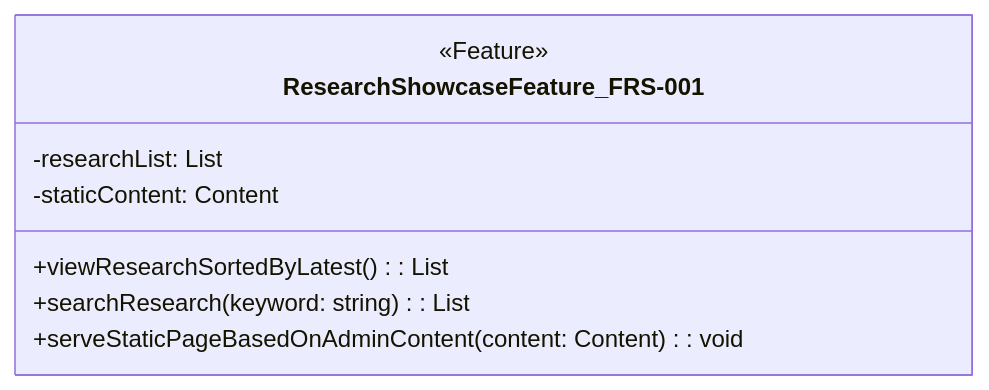
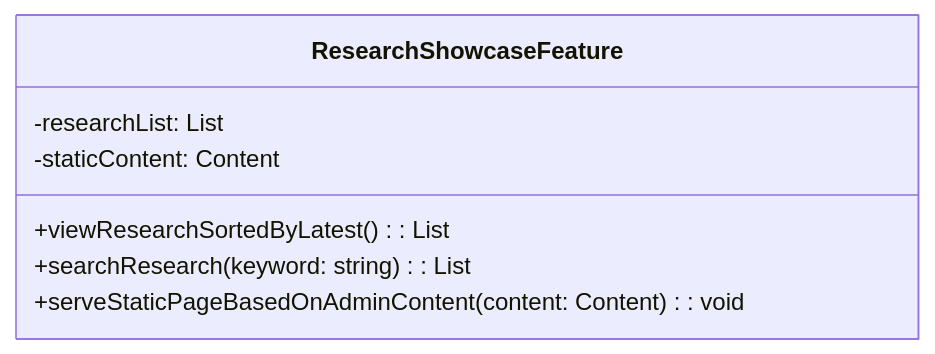
Before and after one commit to sun922/University-SoftwareDesign: the ninth of 10 diagrams in 2. Design/Software Design Documents.md, drawn with Mermaid. The commit also changed other lines of this file, not shown here.

Commit message:
Update Software Design Documents.md

````diff
--- a/2. Design/Software Design Documents.md
+++ b/2. Design/Software Design Documents.md
@@ -815,12 +814,11 @@
 ```mermaid
 classDiagram
-class ResearchShowcaseFeature_FRS-001 {
-        <<Feature>>
+class ResearchShowcaseFeature {
         -researchList: List
         -staticContent: Content
 
         +viewResearchSortedByLatest(): List
         +searchResearch(keyword: string): List
         +serveStaticPageBasedOnAdminContent(content: Content): void
     }
 ```
````
